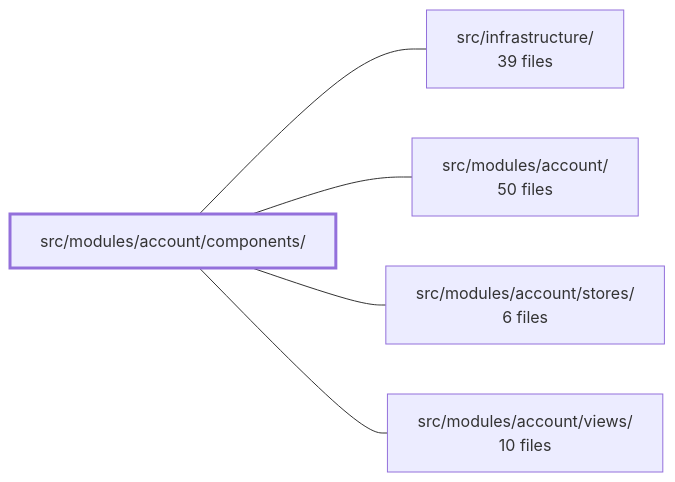
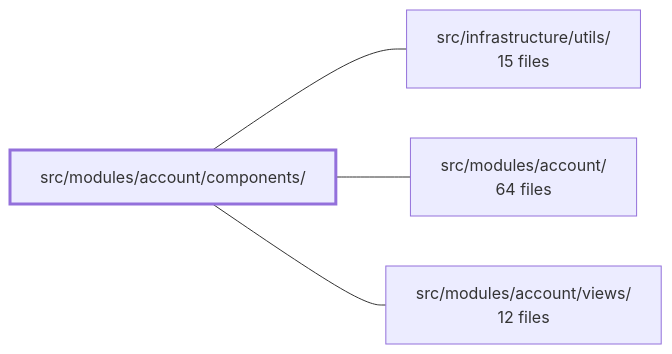
One commit to Guebbit/boilerplate-vue-frontend changed the diagram in .2brain/modules/boilerplate-vue-frontend_src_modules_account_components.md. Above: the diagram before and after it, drawn with Mermaid. The commit also changed other lines of this file and 960 other files, not shown here.

````diff
--- a/.2brain/modules/boilerplate-vue-frontend_src_modules_account_components.md
+++ b/.2brain/modules/boilerplate-vue-frontend_src_modules_account_components.md
@@ -40,13 +37,11 @@
 ```mermaid
 flowchart LR
     m_src_modules_account_components["src/modules/account/components/"]
-    m_src_infrastructure["src/infrastructure/<br/>39 files"]
-    m_src_modules_account["src/modules/account/<br/>50 files"]
-    m_src_modules_account_stores["src/modules/account/stores/<br/>6 files"]
-    m_src_modules_account_views["src/modules/account/views/<br/>10 files"]
-    m_src_modules_account_components --- m_src_infrastructure
+    m_src_infrastructure_utils["src/infrastructure/utils/<br/>15 files"]
+    m_src_modules_account["src/modules/account/<br/>64 files"]
+    m_src_modules_account_views["src/modules/account/views/<br/>12 files"]
+    m_src_modules_account_components --- m_src_infrastructure_utils
     m_src_modules_account_components --- m_src_modules_account
-    m_src_modules_account_components --- m_src_modules_account_stores
     m_src_modules_account_components --- m_src_modules_account_views
     style m_src_modules_account_components stroke-width:3px
 ```
````
